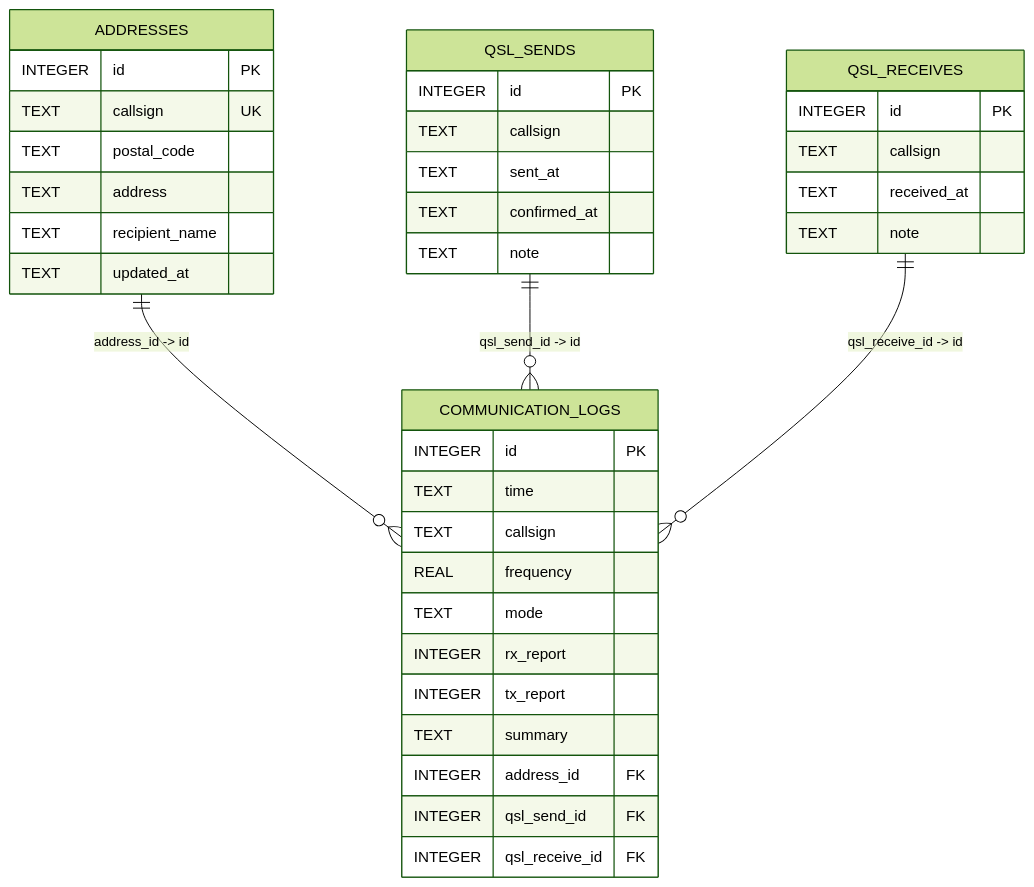
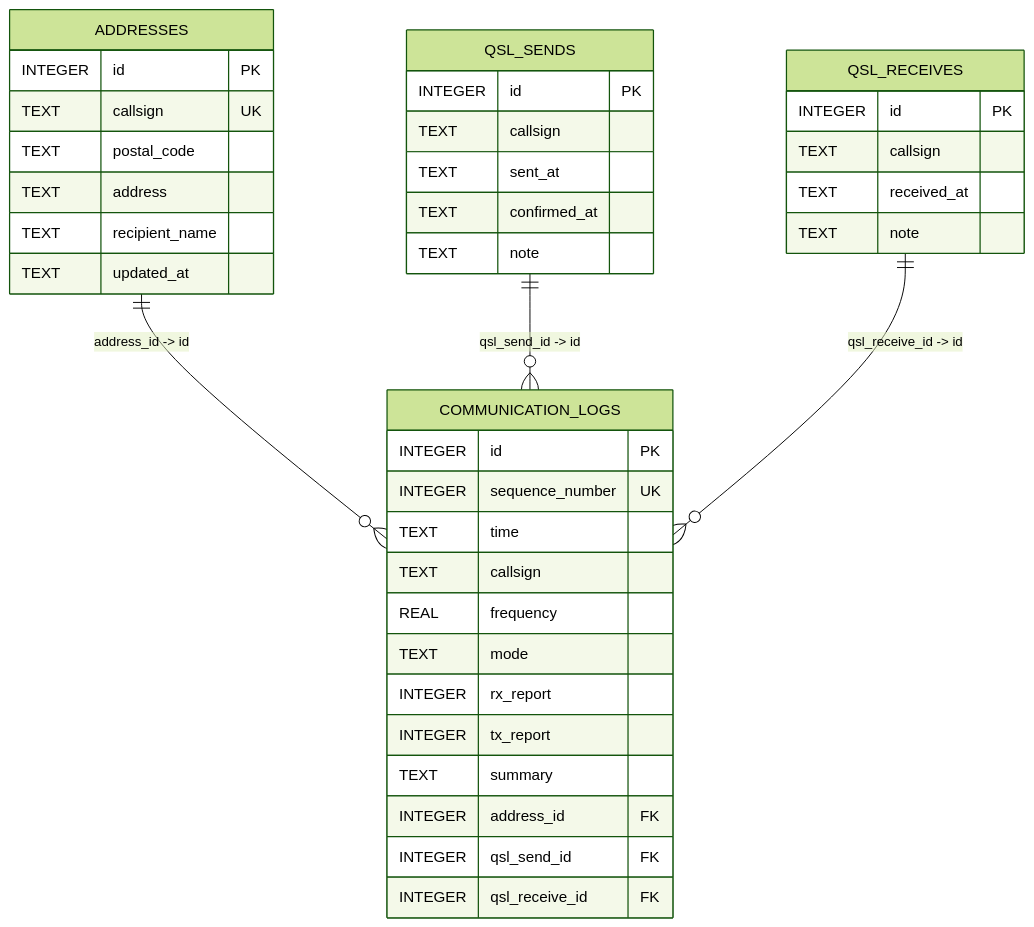
The diagram in db-guild.md (kuankuan2007/hamlog-manager), drawn with Mermaid (forest theme) before and after one commit. The commit also changed other lines of this file and 17 other files, not shown here.

````diff
--- a/db-guild.md
+++ b/db-guild.md
@@ -22,41 +22,42 @@
 ```mermaid
 erDiagram
     ADDRESSES ||--o{ COMMUNICATION_LOGS : "address_id -> id"
     QSL_SENDS ||--o{ COMMUNICATION_LOGS : "qsl_send_id -> id"
     QSL_RECEIVES ||--o{ COMMUNICATION_LOGS : "qsl_receive_id -> id"
 
     ADDRESSES {
         INTEGER id PK
         TEXT callsign UK
         TEXT postal_code
         TEXT address
         TEXT recipient_name
         TEXT updated_at
     }
     COMMUNICATION_LOGS {
         INTEGER id PK
+        INTEGER sequence_number UK
         TEXT time
         TEXT callsign
         REAL frequency
         TEXT mode
         INTEGER rx_report
         INTEGER tx_report
         TEXT summary
         INTEGER address_id FK
         INTEGER qsl_send_id FK
         INTEGER qsl_receive_id FK
     }
     QSL_SENDS {
         INTEGER id PK
         TEXT callsign
         TEXT sent_at
 		TEXT confirmed_at
         TEXT note
     }
     QSL_RECEIVES {
         INTEGER id PK
         TEXT callsign
         TEXT received_at
         TEXT note
     }
 ```
````
